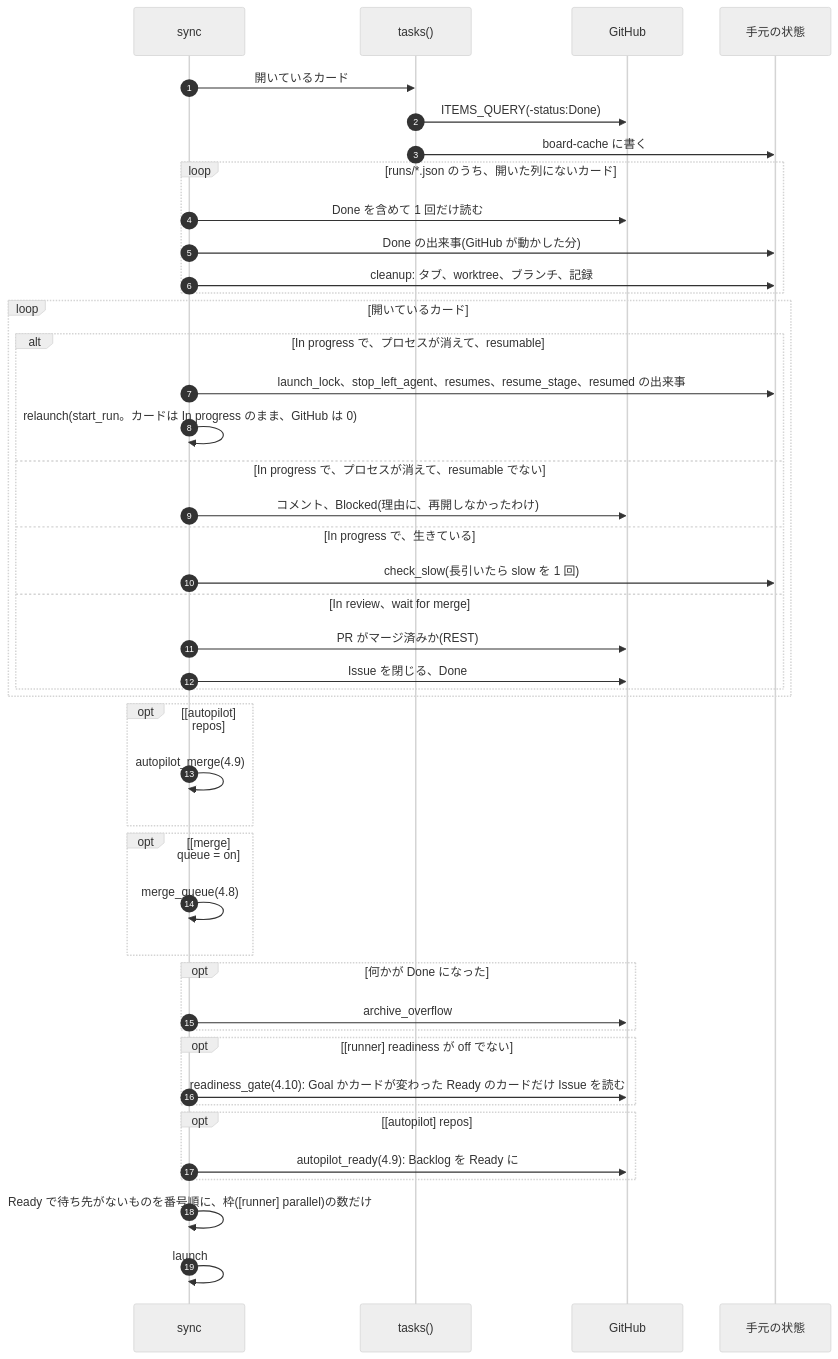
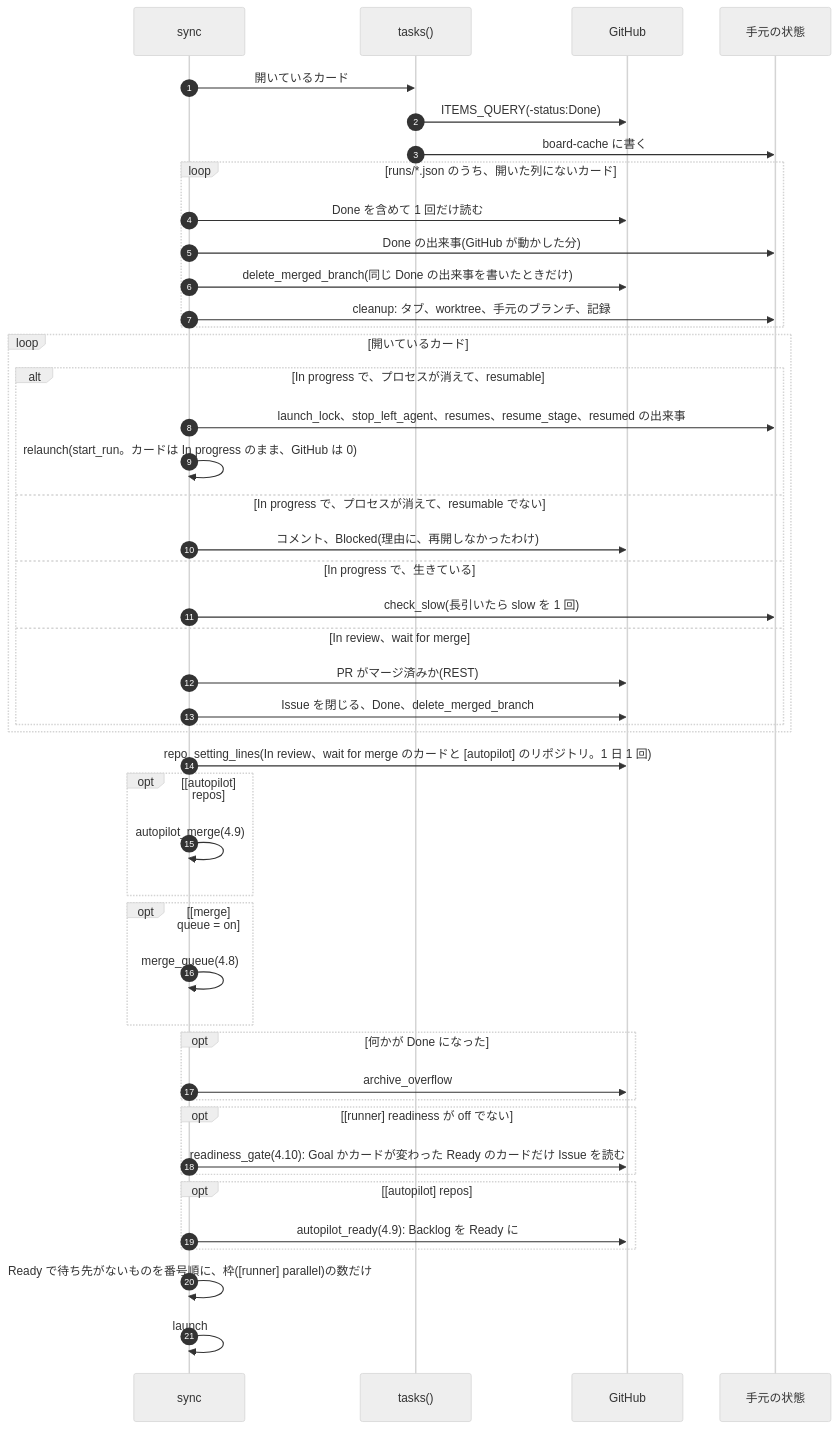
The fourth of 10 diagrams in docs/architecture/lld.md (jyoka/task-hub), drawn with Mermaid (neutral theme) before and after one commit. The commit also changed other lines of this file and 5 other files, not shown here.

````diff
--- a/docs/architecture/lld.md
+++ b/docs/architecture/lld.md
@@ -248,46 +248,48 @@
 ```mermaid
 sequenceDiagram
     autonumber
     participant S as sync
     participant B as tasks()
     participant GH as GitHub
     participant L as 手元の状態
     S->>B: 開いているカード
     B->>GH: ITEMS_QUERY(-status:Done)
     B->>L: board-cache に書く
     loop runs/*.json のうち、開いた列にないカード
         S->>GH: Done を含めて 1 回だけ読む
         S->>L: Done の出来事(GitHub が動かした分)
-        S->>L: cleanup: タブ、worktree、ブランチ、記録
+        S->>GH: delete_merged_branch(同じ Done の出来事を書いたときだけ)
+        S->>L: cleanup: タブ、worktree、手元のブランチ、記録
     end
     loop 開いているカード
         alt In progress で、プロセスが消えて、resumable
             S->>L: launch_lock、stop_left_agent、resumes、resume_stage、resumed の出来事
             S->>S: relaunch(start_run。カードは In progress のまま、GitHub は 0)
         else In progress で、プロセスが消えて、resumable でない
             S->>GH: コメント、Blocked(理由に、再開しなかったわけ)
         else In progress で、生きている
             S->>L: check_slow(長引いたら slow を 1 回)
         else In review、wait for merge
             S->>GH: PR がマージ済みか(REST)
-            S->>GH: Issue を閉じる、Done
+            S->>GH: Issue を閉じる、Done、delete_merged_branch
         end
     end
+    S->>GH: repo_setting_lines(In review、wait for merge のカードと [autopilot] のリポジトリ。1 日 1 回)
     opt [autopilot] repos
         S->>S: autopilot_merge(4.9)
     end
     opt [merge] queue = on
         S->>S: merge_queue(4.8)
     end
     opt 何かが Done になった
         S->>GH: archive_overflow
     end
     opt [runner] readiness が off でない
         S->>GH: readiness_gate(4.10): Goal かカードが変わった Ready のカードだけ Issue を読む
     end
     opt [autopilot] repos
         S->>GH: autopilot_ready(4.9): Backlog を Ready に
     end
     S->>S: Ready で待ち先がないものを番号順に、枠([runner] parallel)の数だけ
     S->>S: launch
 ```
````
